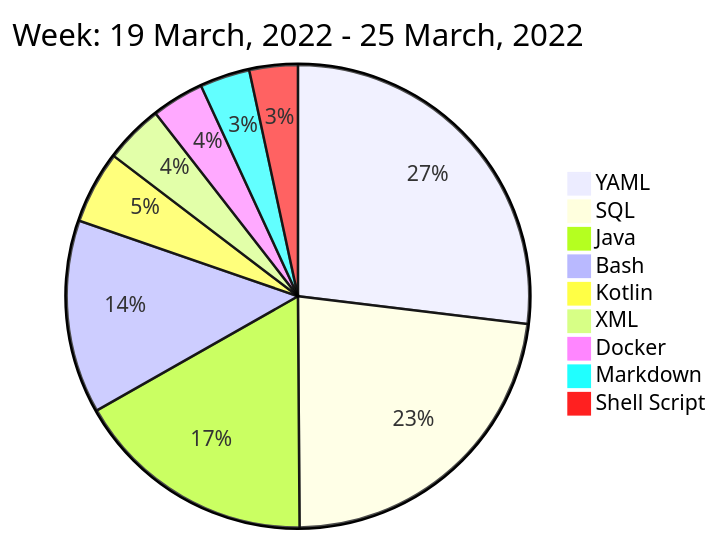
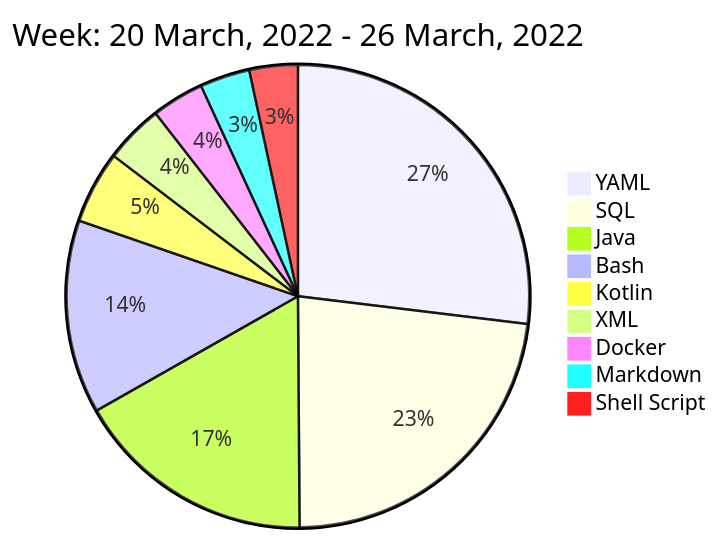
Before and after one commit to liubin95/liubin95: the diagram in README.md, drawn with Mermaid.

Commit message:
Updated the Graph with new Metrics

````diff
--- a/README.md
+++ b/README.md
@@ -40,13 +40,13 @@
 ```mermaid
  pie
-title Week: 19 March, 2022 - 25 March, 2022
+title Week: 20 March, 2022 - 26 March, 2022
  "YAML" : 4.78
  "SQL" : 4.08
  "Java" : 3.0
  "Bash" : 2.4
  "Kotlin" : 0.9
  "XML" : 0.73
  "Docker" : 0.65
  "Markdown" : 0.62
  "Shell Script" : 0.6
 ```
````
